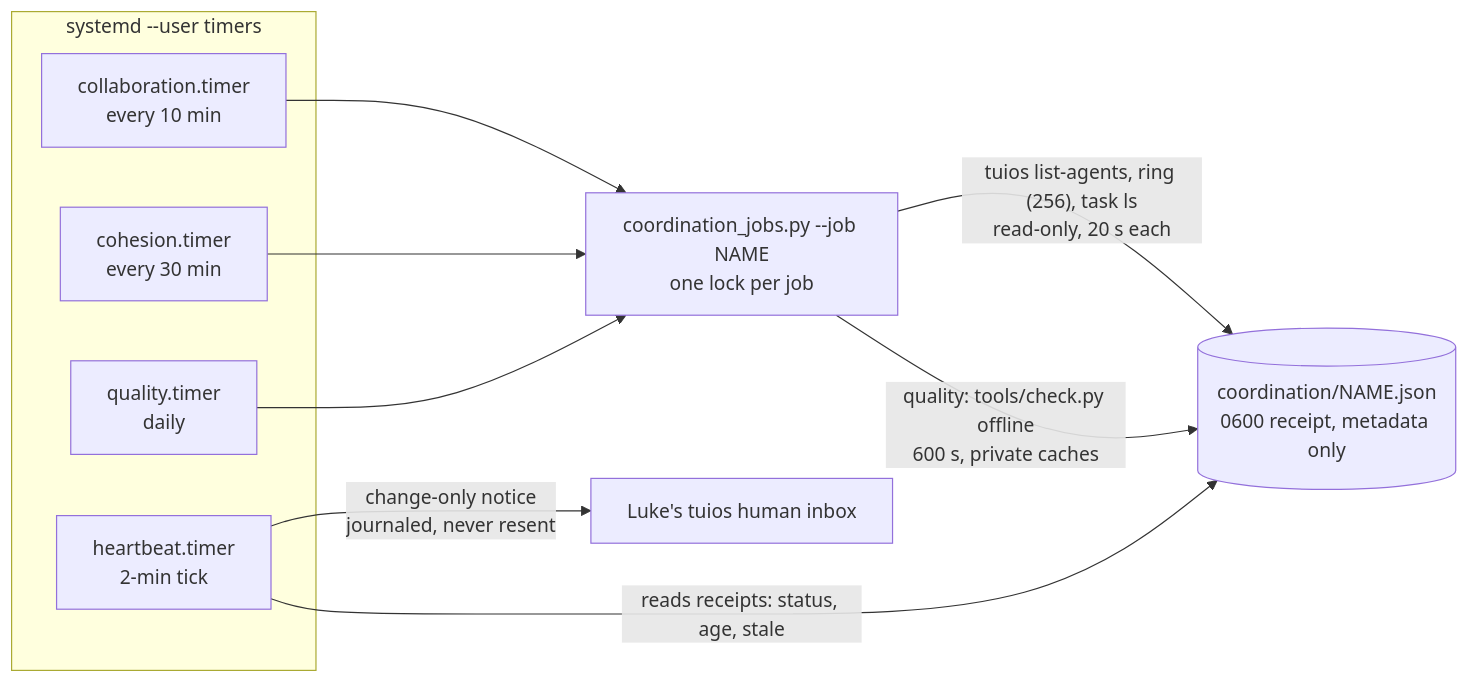
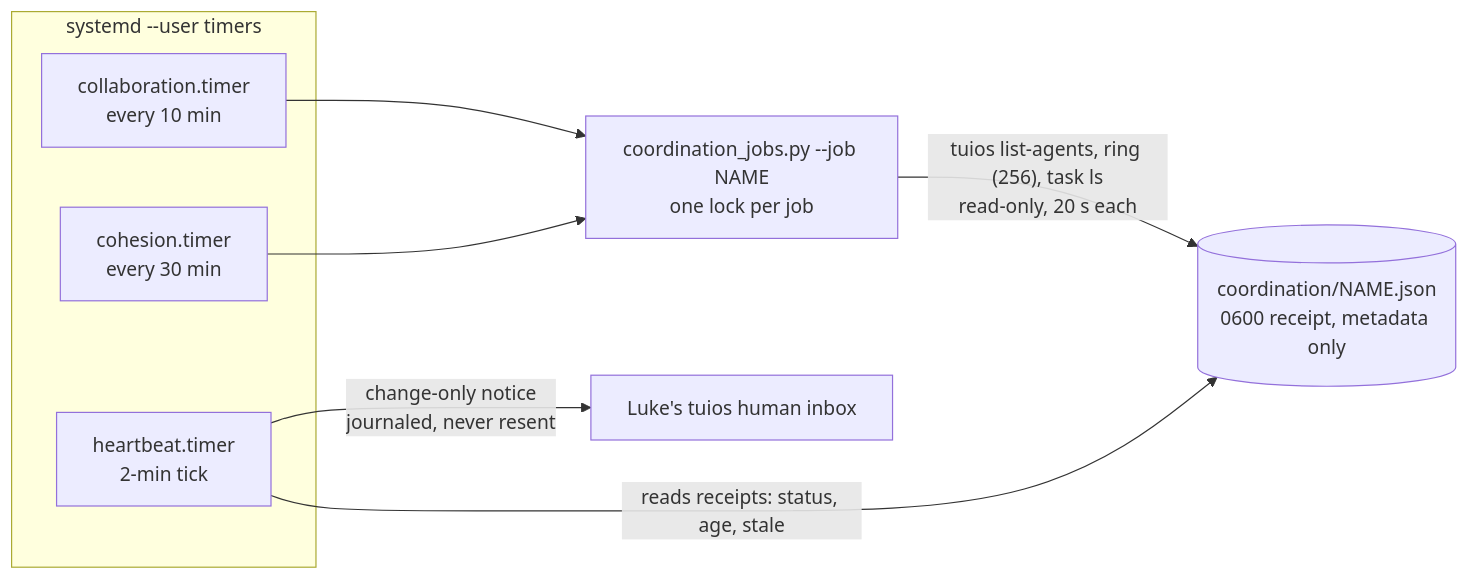
One commit to Louranicas/collective-plugin changed the first of 4 diagrams in Collective.vault/Operations/Scheduler Runbook.md. Above: the diagram before and after it, drawn with Mermaid. The commit also changed other lines of this file and 22 other files, not shown here.

````diff
--- a/Collective.vault/Operations/Scheduler Runbook.md
+++ b/Collective.vault/Operations/Scheduler Runbook.md
@@ -40,16 +40,13 @@
 ```mermaid
 flowchart LR
     subgraph timers["systemd --user timers"]
         HB["heartbeat.timer<br/>2-min tick"]
         CO["collaboration.timer<br/>every 10 min"]
         CH["cohesion.timer<br/>every 30 min"]
-        QA["quality.timer<br/>daily"]
     end
     CO --> J["coordination_jobs.py --job NAME<br/>one lock per job"]
     CH --> J
-    QA --> J
     J -->|"tuios list-agents, ring (256), task ls<br/>read-only, 20 s each"| R[("coordination/NAME.json<br/>0600 receipt, metadata only")]
-    J -->|"quality: tools/check.py offline<br/>600 s, private caches"| R
     HB -->|"reads receipts: status, age, stale"| R
     HB -->|"change-only notice<br/>journaled, never resent"| H["Luke's tuios human inbox"]
 ```
````
